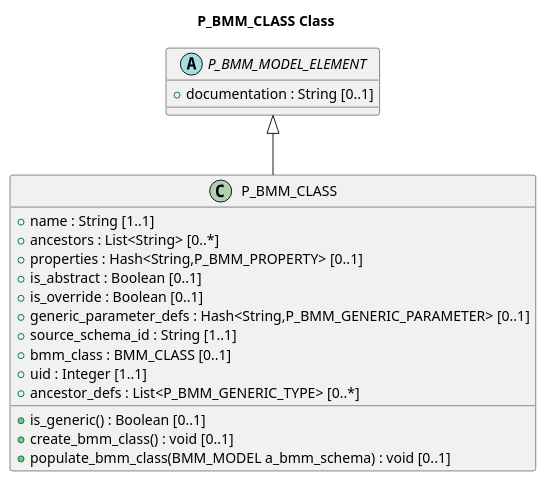
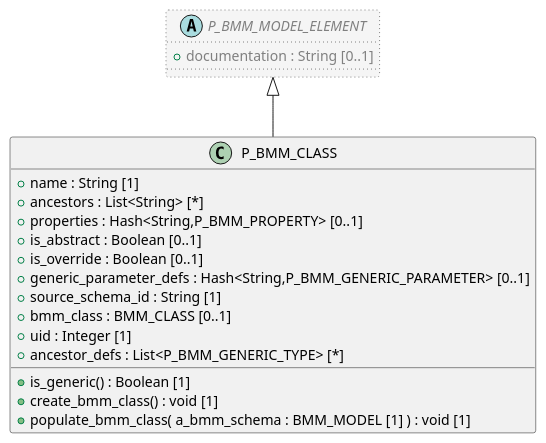
One commit to sebastian-iancu/code-generator changed the diagram in code/PlantUML/openehr_lang_1.0.0/org/openehr/lang/bmm_persistence/P_BMM_CLASS.puml. Above: the diagram before and after it, drawn with PlantUML. The commit also changed 1618 other files, not shown here.

```diff
--- a/code/PlantUML/openehr_lang_1.0.0/org/openehr/lang/bmm_persistence/P_BMM_CLASS.puml
+++ b/code/PlantUML/openehr_lang_1.0.0/org/openehr/lang/bmm_persistence/P_BMM_CLASS.puml
@@ -1,28 +1,26 @@
 @startuml
-' PlantUML diagram for org.openehr.lang.bmm_persistence.P_BMM_CLASS
-title P_BMM_CLASS Class
 
 class P_BMM_CLASS {
-  + name : String [1..1]
-  + ancestors : List<String> [0..*]
+  + name : String [1]
+  + ancestors : List<String> [*]
   + properties : Hash<String,P_BMM_PROPERTY> [0..1]
   + is_abstract : Boolean [0..1]
   + is_override : Boolean [0..1]
   + generic_parameter_defs : Hash<String,P_BMM_GENERIC_PARAMETER> [0..1]
-  + source_schema_id : String [1..1]
+  + source_schema_id : String [1]
   + bmm_class : BMM_CLASS [0..1]
-  + uid : Integer [1..1]
-  + ancestor_defs : List<P_BMM_GENERIC_TYPE> [0..*]
-  + is_generic() : Boolean [0..1]
-  + create_bmm_class() : void [0..1]
-  + populate_bmm_class(BMM_MODEL a_bmm_schema) : void [0..1]
+  + uid : Integer [1]
+  + ancestor_defs : List<P_BMM_GENERIC_TYPE> [*]
+  + is_generic() : Boolean [1]
+  + create_bmm_class() : void [1]
+  + populate_bmm_class( a_bmm_schema : BMM_MODEL [1] ) : void [1]
 }
 
-abstract class P_BMM_MODEL_ELEMENT {
+abstract class P_BMM_MODEL_ELEMENT  #whitesmoke;line:gray;line.dotted;text:gray {
   + documentation : String [0..1]
 }
 
 P_BMM_MODEL_ELEMENT <|-- P_BMM_CLASS
 
 
 @enduml
```
